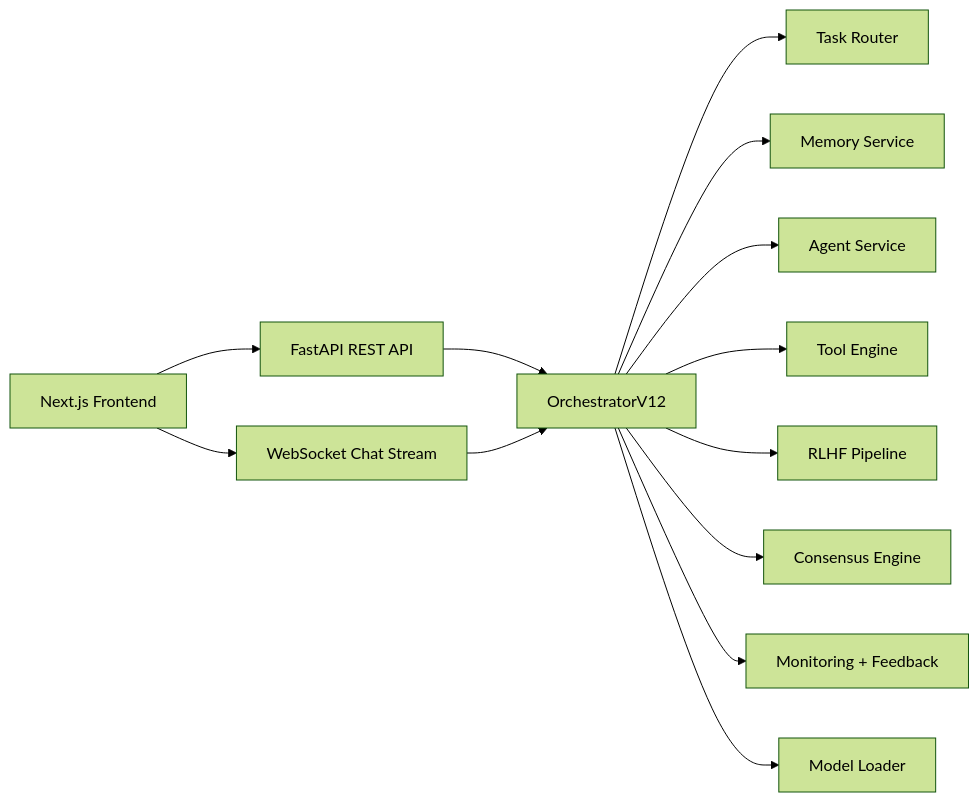
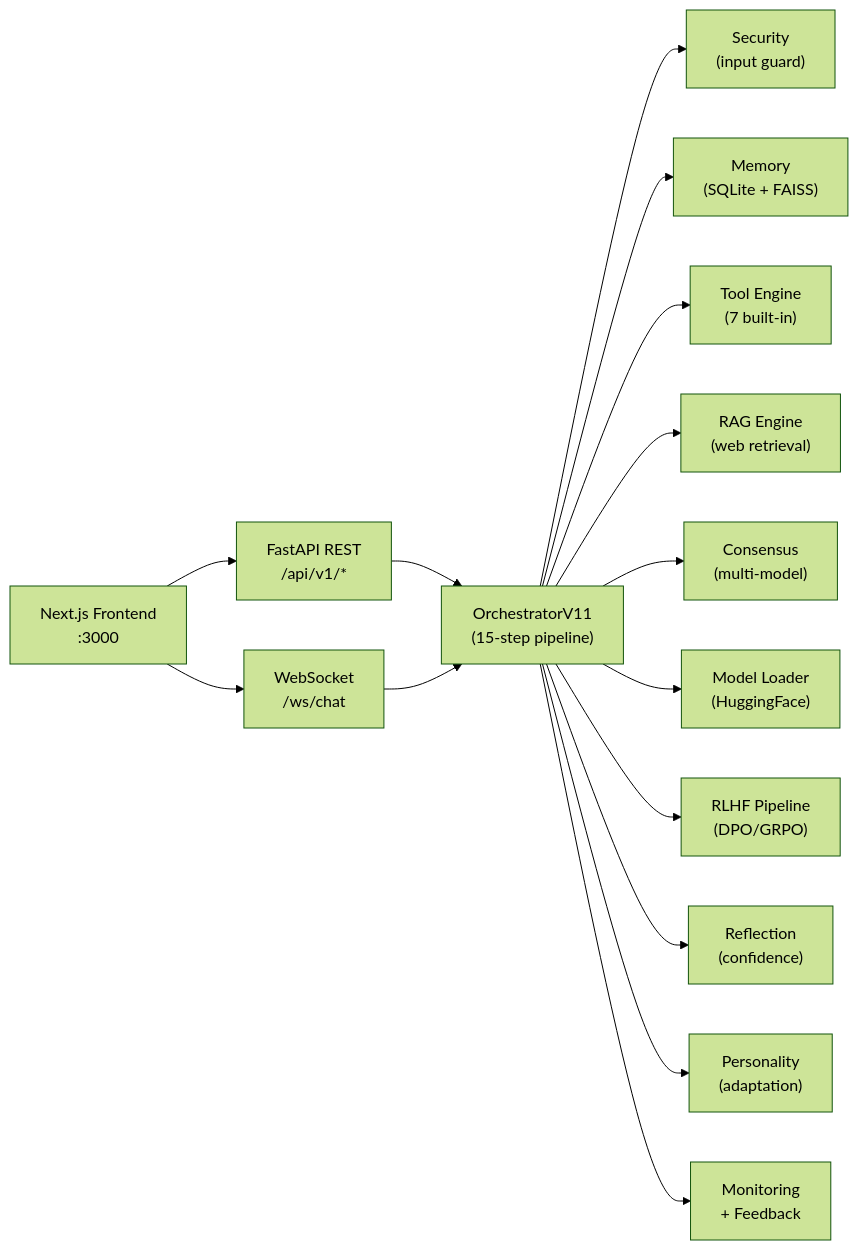
The diagram in README.md (lucifer9112/SuperAI_V11), drawn with Mermaid (forest theme) before and after one commit. The commit also changed other lines of this file, not shown here.

````diff
--- a/README.md
+++ b/README.md
@@ -22,15 +58,17 @@
 ```mermaid
 flowchart LR
-    UI["Next.js Frontend"] --> REST["FastAPI REST API"]
-    UI --> WS["WebSocket Chat Stream"]
-    REST --> ORCH["OrchestratorV12"]
+    UI["Next.js Frontend\n:3000"] --> REST["FastAPI REST\n/api/v1/*"]
+    UI --> WS["WebSocket\n/ws/chat"]
+    REST --> ORCH["OrchestratorV11\n(15-step pipeline)"]
     WS --> ORCH
-    ORCH --> ROUTER["Task Router"]
-    ORCH --> MEMORY["Memory Service"]
-    ORCH --> AGENTS["Agent Service"]
-    ORCH --> TOOLS["Tool Engine"]
-    ORCH --> RLHF["RLHF Pipeline"]
-    ORCH --> CONS["Consensus Engine"]
-    ORCH --> MON["Monitoring + Feedback"]
-    ORCH --> MODELS["Model Loader"]
+    ORCH --> SEC["Security\n(input guard)"]
+    ORCH --> MEM["Memory\n(SQLite + FAISS)"]
+    ORCH --> TOOLS["Tool Engine\n(7 built-in)"]
+    ORCH --> RAG["RAG Engine\n(web retrieval)"]
+    ORCH --> CONS["Consensus\n(multi-model)"]
+    ORCH --> MODELS["Model Loader\n(HuggingFace)"]
+    ORCH --> RLHF["RLHF Pipeline\n(DPO/GRPO)"]
+    ORCH --> REFL["Reflection\n(confidence)"]
+    ORCH --> PERS["Personality\n(adaptation)"]
+    ORCH --> MON["Monitoring\n+ Feedback"]
 ```
````
